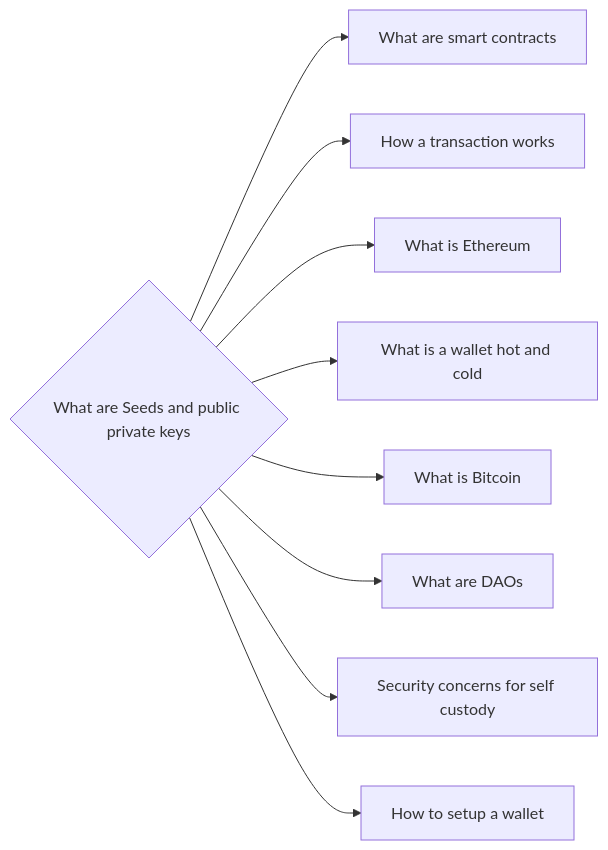
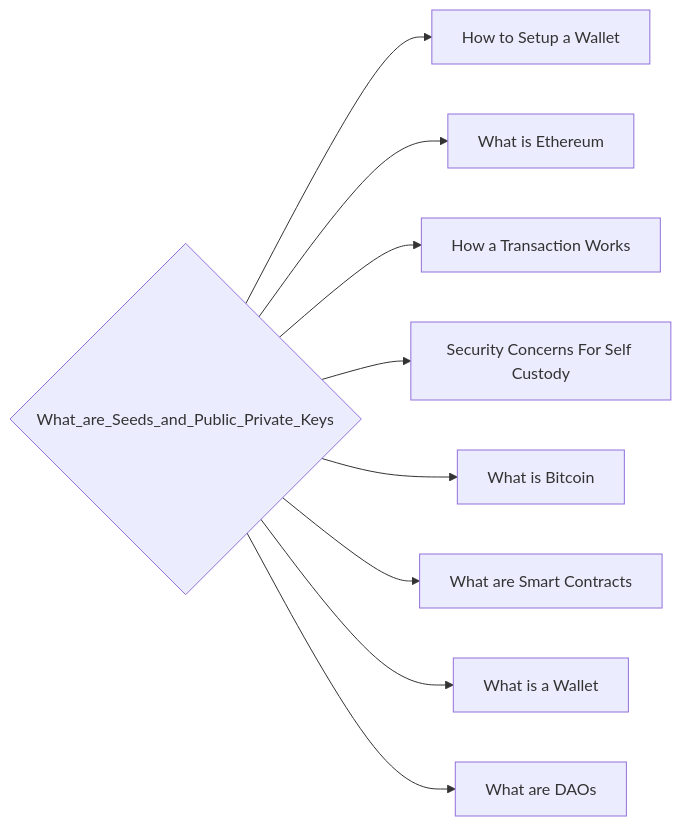
Before and after one commit to lpurdy01/crypto-knowledge-map: the diagram in notes/What_are_Seeds_and_Public_Private_Keys.md, drawn with Mermaid. The commit also changed 161 other files, not shown here.

````diff
--- a/notes/What_are_Seeds_and_Public_Private_Keys.md
+++ b/notes/What_are_Seeds_and_Public_Private_Keys.md
@@ -6,11 +6,11 @@
 ```mermaid
 graph LR
-0{"What are Seeds and public private keys"}-->1["What are smart contracts"]
-0{"What are Seeds and public private keys"}-->2["How a transaction works"]
-0{"What are Seeds and public private keys"}-->3["What is Ethereum"]
-0{"What are Seeds and public private keys"}-->4["What is a wallet hot and cold"]
-0{"What are Seeds and public private keys"}-->5["What is Bitcoin"]
-0{"What are Seeds and public private keys"}-->6["What are DAOs"]
-0{"What are Seeds and public private keys"}-->7["Security concerns for self custody"]
-0{"What are Seeds and public private keys"}-->8["How to setup a wallet"]
+0{"What_are_Seeds_and_Public_Private_Keys"}-->1["How to Setup a Wallet"]
+0{"What_are_Seeds_and_Public_Private_Keys"}-->2["What is Ethereum"]
+0{"What_are_Seeds_and_Public_Private_Keys"}-->3["How a Transaction Works"]
+0{"What_are_Seeds_and_Public_Private_Keys"}-->4["Security Concerns For Self Custody"]
+0{"What_are_Seeds_and_Public_Private_Keys"}-->5["What is Bitcoin"]
+0{"What_are_Seeds_and_Public_Private_Keys"}-->6["What are Smart Contracts"]
+0{"What_are_Seeds_and_Public_Private_Keys"}-->7["What is a Wallet"]
+0{"What_are_Seeds_and_Public_Private_Keys"}-->8["What are DAOs"]
 ```
````
